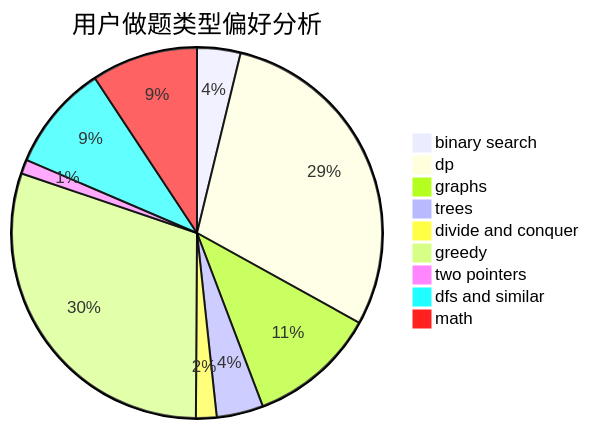
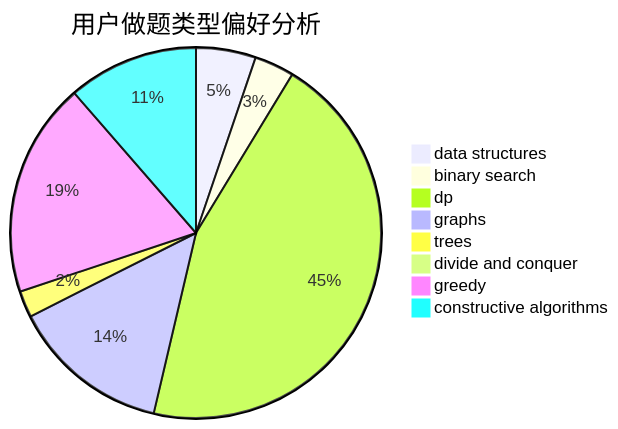
One commit to sherpahu/cfrs.github.io changed the second of 3 diagrams in docs/user/u2564.md. Above: the diagram before and after it, drawn with Mermaid. The commit also changed other lines of this file and 2775 other files, not shown here.

````diff
--- a/docs/user/u2564.md
+++ b/docs/user/u2564.md
@@ -23,12 +23,11 @@
 ```mermaid
 pie title 用户做题类型偏好分析
-    "binary search" :  40
-    "dp" :  309
-    "graphs" :  118
-    "trees" :  43
-    "divide and conquer" :  19
-    "greedy" :  318
-    "two pointers" :  13
-    "dfs and similar" :  98
-    "math" :  98
+    "data structures" :  27
+    "binary search" :  18
+    "dp" :  233
+    "graphs" :  72
+    "trees" :  12
+    "divide and conquer" :  0
+    "greedy" :  97
+    "constructive algorithms" :  59
 ```
````
